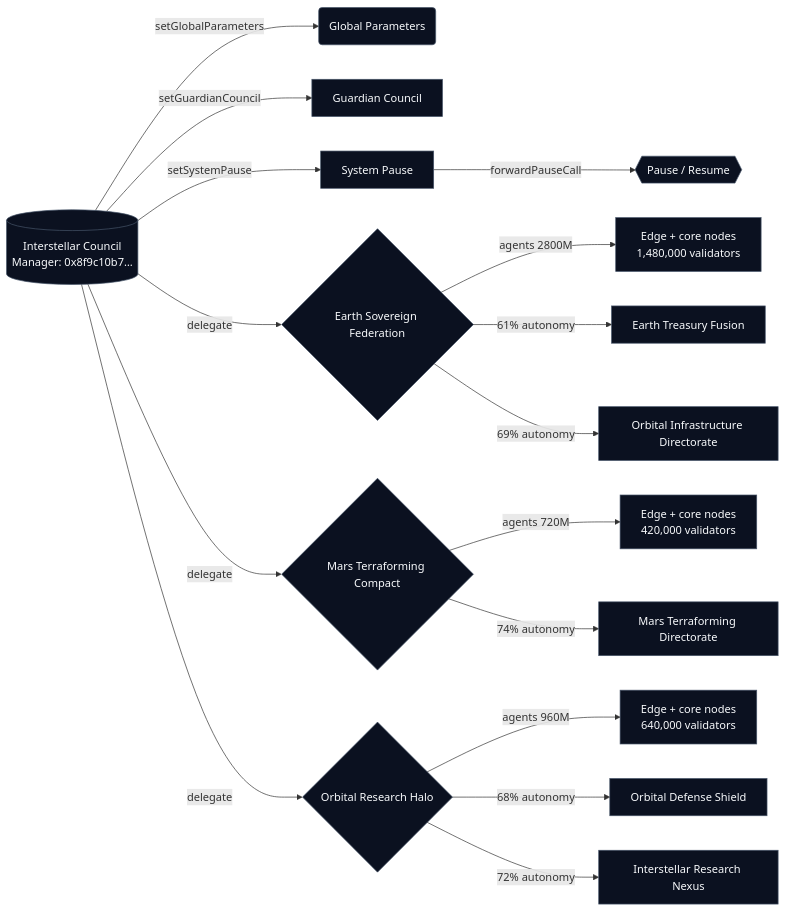
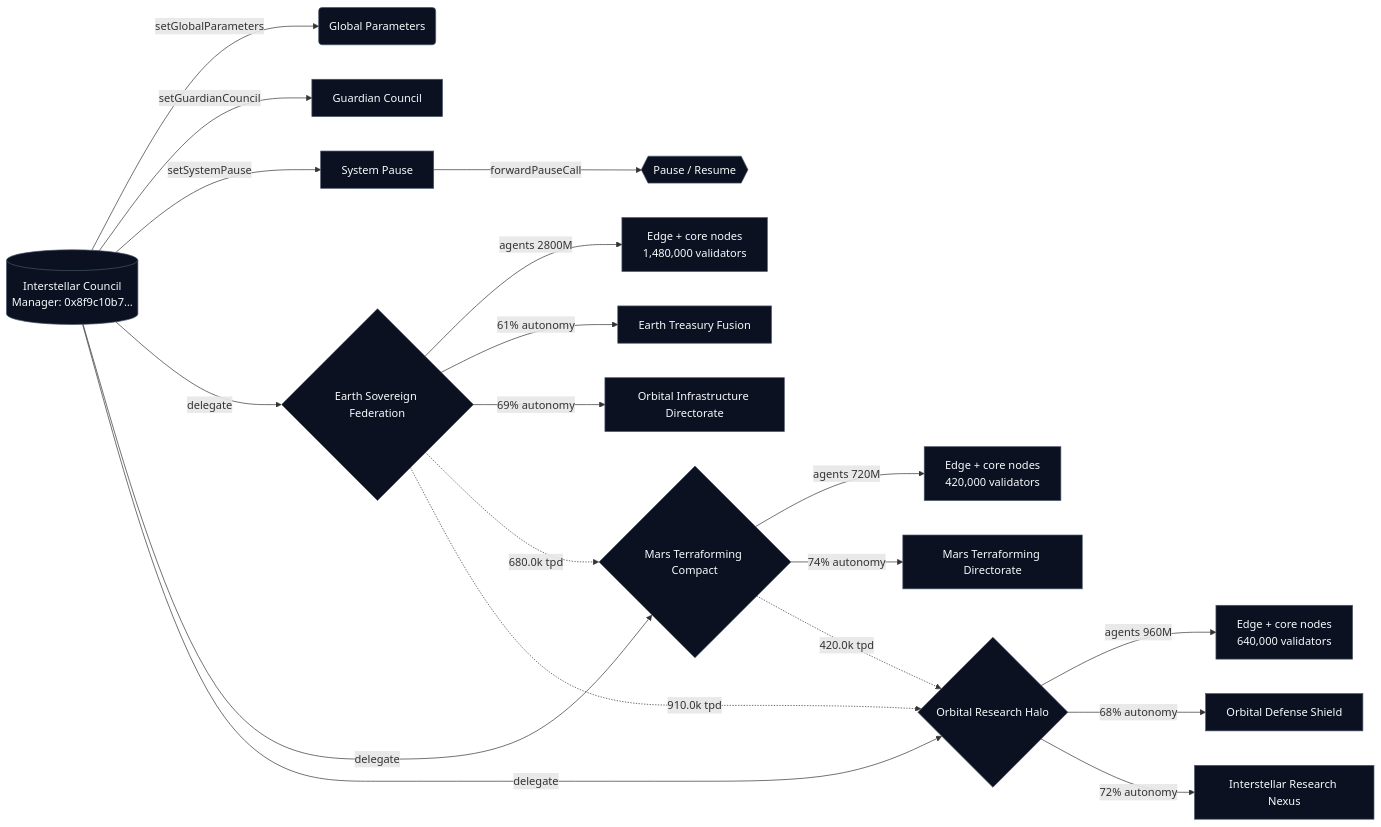
One commit to MontrealAI/AGIJobsv0 changed the diagram in demo/AGI-Jobs-Platform-at-Kardashev-II-Scale/output/kardashev-mermaid.mmd. Above: the diagram before and after it, drawn with Mermaid. The commit also changed 19 other files, not shown here.

```diff
--- a/demo/AGI-Jobs-Platform-at-Kardashev-II-Scale/output/kardashev-mermaid.mmd
+++ b/demo/AGI-Jobs-Platform-at-Kardashev-II-Scale/output/kardashev-mermaid.mmd
@@ -1,25 +1,28 @@
 %% Autogenerated by run-kardashev-demo.ts
 flowchart LR
   IC[(Interstellar Council\nManager: 0x8f9c10b7…)]
   IC -->|setGlobalParameters| GP(Global Parameters)
   IC -->|setGuardianCouncil| GC[Guardian Council]
   IC -->|setSystemPause| SP[System Pause]
   SP -->|forwardPauseCall| PAUSE{{Pause / Resume}}
   IC -->|delegate| EARTH{Earth Sovereign Federation}
   EARTH -->|agents 2800M| EARTH_AGENTS
   EARTH_AGENTS[Edge + core nodes\n1,480,000 validators]
   EARTH -->|61% autonomy| EARTH_ce4fee[Earth Treasury Fusion]
   EARTH -->|69% autonomy| EARTH_76f241[Orbital Infrastructure Directorate]
   IC -->|delegate| MARS{Mars Terraforming Compact}
   MARS -->|agents 720M| MARS_AGENTS
   MARS_AGENTS[Edge + core nodes\n420,000 validators]
   MARS -->|74% autonomy| MARS_2706c2[Mars Terraforming Directorate]
   IC -->|delegate| ORBITAL{Orbital Research Halo}
   ORBITAL -->|agents 960M| ORBITAL_AGENTS
   ORBITAL_AGENTS[Edge + core nodes\n640,000 validators]
   ORBITAL -->|68% autonomy| ORBITAL_864a5b[Orbital Defense Shield]
   ORBITAL -->|72% autonomy| ORBITAL_fc6a36[Interstellar Research Nexus]
+  EARTH -.->|680.0k tpd| MARS
+  MARS -.->|420.0k tpd| ORBITAL
+  EARTH -.->|910.0k tpd| ORBITAL
   classDef council fill:#0f172a,stroke:#4c51bf,color:#f8fafc;
   classDef federation fill:#111c4e,stroke:#5a67d8,color:#f8fafc;
   classDef default fill:#0b1120,stroke:#475569,color:#f8fafc;
   %% Dominance Score: 90.0
```
